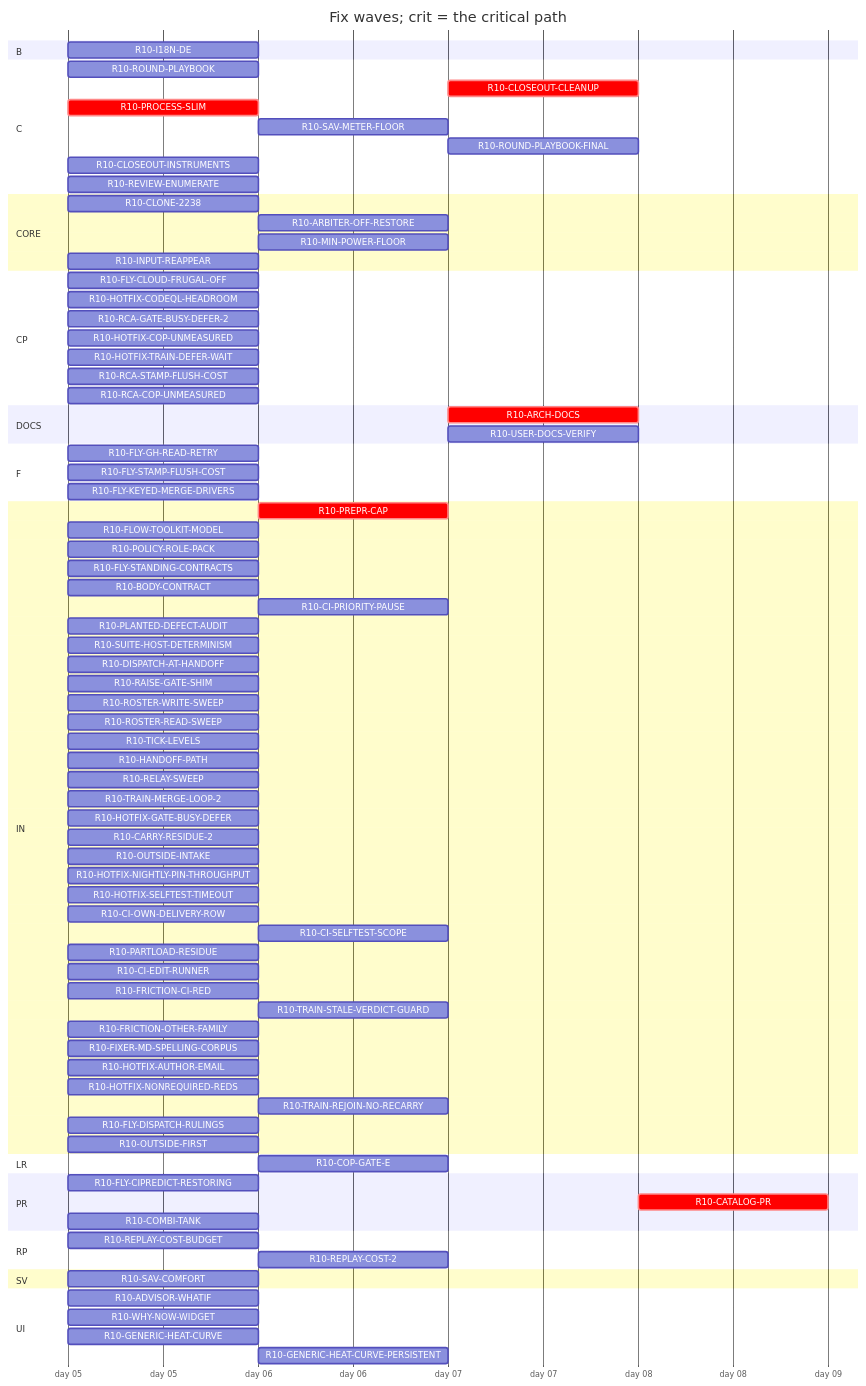
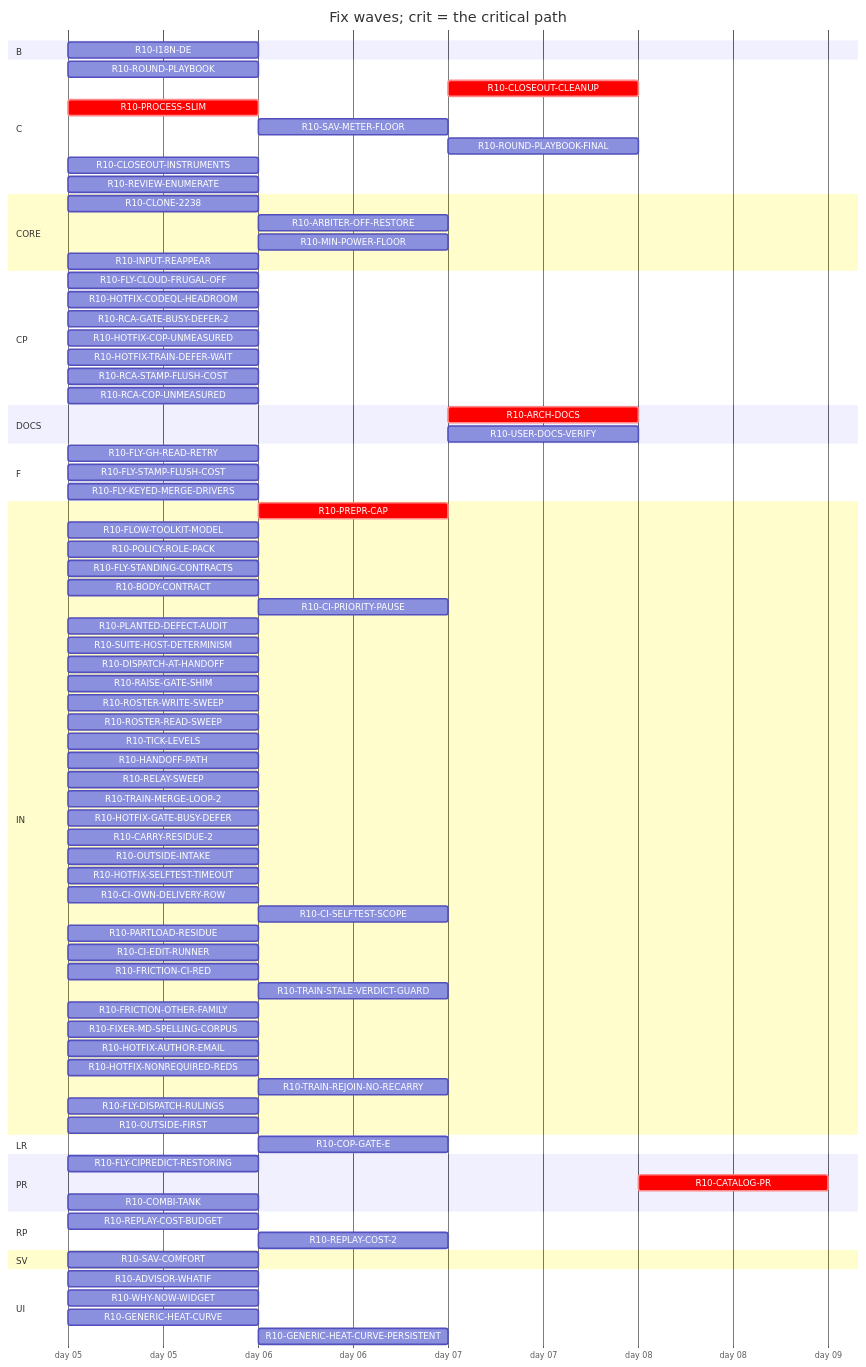
The diagram in handoff/round10/state/PLAN-TABLE.md (tvofi/heatpump_optimizer), drawn with Mermaid before and after one commit. The commit also changed other lines of this file and 3 other files, not shown here.

Commit message:
state: FLOW-BOARD.md, NEXT-SESSION-PROMPT.md, PLAN-TABLE.md, RESUME-CURRENT.md regenerated (state_docs.py)

```diff
--- a/handoff/round10/state/PLAN-TABLE.md
+++ b/handoff/round10/state/PLAN-TABLE.md
@@ -34,7 +34,7 @@
     R10-CLOSEOUT-CLEANUP :crit, r10CLOSEOUTCLEANUP, after r10ARCHDOCS r10USERDOCSVERIFY r10ROUNDPLAYBOOKFINAL r10CLOSEOUTINSTRUMENTS r10RCAGATEBUSYDEFER2 r10RCASTAMPFLUSHCOST r10RCACOPUNMEASURED r10FRICTIONCIRED r10FRICTIONOTHERFAMILY, 1d
     R10-PROCESS-SLIM :crit, r10PROCESSSLIM, 2026-01-05, 1d
     R10-SAV-METER-FLOOR :r10SAVMETERFLOOR, after r10SAVCOMFORT, 1d
-    R10-ROUND-PLAYBOOK-FINAL :r10ROUNDPLAYBOOKFINAL, after r10PREPRCAP r10HANDOFFPATH r10RELAYSWEEP r10DISPATCHATHANDOFF r10BODYCONTRACT r10TICKLEVELS r10CIPRIORITYPAUSE r10ROSTERWRITESWEEP r10ROSTERREADSWEEP r10FLYSTANDINGCONTRACTS r10POLICYROLEPACK r10FLOWTOOLKITMODEL r10FLYCIPREDICTRESTORING r10RAISEGATESHIM r10PLANTEDDEFECTAUDIT r10FLYGHREADRETRY r10SUITEHOSTDETERMINISM r10ROUNDPLAYBOOK r10PROCESSSLIM r10TRAINMERGELOOP2 r10HOTFIXGATEBUSYDEFER r10CARRYRESIDUE2 r10REPLAYCOST2 r10HOTFIXCODEQLHEADROOM r10OUTSIDEINTAKE r10HOTFIXNIGHTLYPINTHROUGHPUT r10HOTFIXSELFTESTTIMEOUT r10FLYSTAMPFLUSHCOST r10HOTFIXTRAINDEFERWAIT r10CIOWNDELIVERYROW r10CISELFTESTSCOPE r10CIEDITRUNNER r10TRAINSTALEVERDICTGUARD r10CLOSEOUTINSTRUMENTS r10FRICTIONCIRED r10FRICTIONOTHERFAMILY r10FIXERMDSPELLINGCORPUS, 1d
+    R10-ROUND-PLAYBOOK-FINAL :r10ROUNDPLAYBOOKFINAL, after r10PREPRCAP r10HANDOFFPATH r10RELAYSWEEP r10DISPATCHATHANDOFF r10BODYCONTRACT r10TICKLEVELS r10CIPRIORITYPAUSE r10ROSTERWRITESWEEP r10ROSTERREADSWEEP r10FLYSTANDINGCONTRACTS r10POLICYROLEPACK r10FLOWTOOLKITMODEL r10FLYCIPREDICTRESTORING r10RAISEGATESHIM r10PLANTEDDEFECTAUDIT r10FLYGHREADRETRY r10SUITEHOSTDETERMINISM r10ROUNDPLAYBOOK r10PROCESSSLIM r10TRAINMERGELOOP2 r10HOTFIXGATEBUSYDEFER r10CARRYRESIDUE2 r10REPLAYCOST2 r10HOTFIXCODEQLHEADROOM r10OUTSIDEINTAKE r10HOTFIXSELFTESTTIMEOUT r10FLYSTAMPFLUSHCOST r10HOTFIXTRAINDEFERWAIT r10CIOWNDELIVERYROW r10CISELFTESTSCOPE r10CIEDITRUNNER r10TRAINSTALEVERDICTGUARD r10CLOSEOUTINSTRUMENTS r10FRICTIONCIRED r10FRICTIONOTHERFAMILY r10FIXERMDSPELLINGCORPUS, 1d
     R10-CLOSEOUT-INSTRUMENTS :r10CLOSEOUTINSTRUMENTS, 2026-01-05, 1d
     R10-REVIEW-ENUMERATE :r10REVIEWENUMERATE, 2026-01-05, 1d
   section CORE
@@ -51,7 +51,7 @@
     R10-RCA-STAMP-FLUSH-COST :r10RCASTAMPFLUSHCOST, 2026-01-05, 1d
     R10-RCA-COP-UNMEASURED :r10RCACOPUNMEASURED, 2026-01-05, 1d
   section DOCS
-    R10-ARCH-DOCS :crit, r10ARCHDOCS, after r10CLONE2238 r10SAVCOMFORT r10WHYNOWWIDGET r10ADVISORWHATIF r10REPLAYCOSTBUDGET r10PREPRCAP r10HANDOFFPATH r10RELAYSWEEP r10DISPATCHATHANDOFF r10BODYCONTRACT r10TICKLEVELS r10CIPRIORITYPAUSE r10ROSTERWRITESWEEP r10ROSTERREADSWEEP r10FLYSTANDINGCONTRACTS r10POLICYROLEPACK r10FLOWTOOLKITMODEL r10FLYCIPREDICTRESTORING r10RAISEGATESHIM r10PLANTEDDEFECTAUDIT r10FLYGHREADRETRY r10SUITEHOSTDETERMINISM r10PROCESSSLIM r10SAVMETERFLOOR r10HOTFIXCOPUNMEASURED r10COPGATEE r10PARTLOADRESIDUE r10I18NDE r10GENERICHEATCURVE r10GENERICHEATCURVEPERSISTENT r10ARBITEROFFRESTORE r10TRAINMERGELOOP2 r10HOTFIXGATEBUSYDEFER r10CARRYRESIDUE2 r10REPLAYCOST2 r10HOTFIXCODEQLHEADROOM r10OUTSIDEINTAKE r10HOTFIXNIGHTLYPINTHROUGHPUT r10HOTFIXSELFTESTTIMEOUT r10FLYSTAMPFLUSHCOST r10HOTFIXTRAINDEFERWAIT r10CIOWNDELIVERYROW r10CISELFTESTSCOPE r10CIEDITRUNNER r10TRAINSTALEVERDICTGUARD r10COMBITANK r10CLOSEOUTINSTRUMENTS r10MINPOWERFLOOR r10ROUNDPLAYBOOK r10RCAGATEBUSYDEFER2 r10FRICTIONCIRED r10FRICTIONOTHERFAMILY r10RCASTAMPFLUSHCOST r10RCACOPUNMEASURED r10INPUTREAPPEAR, 1d
+    R10-ARCH-DOCS :crit, r10ARCHDOCS, after r10CLONE2238 r10SAVCOMFORT r10WHYNOWWIDGET r10ADVISORWHATIF r10REPLAYCOSTBUDGET r10PREPRCAP r10HANDOFFPATH r10RELAYSWEEP r10DISPATCHATHANDOFF r10BODYCONTRACT r10TICKLEVELS r10CIPRIORITYPAUSE r10ROSTERWRITESWEEP r10ROSTERREADSWEEP r10FLYSTANDINGCONTRACTS r10POLICYROLEPACK r10FLOWTOOLKITMODEL r10FLYCIPREDICTRESTORING r10RAISEGATESHIM r10PLANTEDDEFECTAUDIT r10FLYGHREADRETRY r10SUITEHOSTDETERMINISM r10PROCESSSLIM r10SAVMETERFLOOR r10HOTFIXCOPUNMEASURED r10COPGATEE r10PARTLOADRESIDUE r10I18NDE r10GENERICHEATCURVE r10GENERICHEATCURVEPERSISTENT r10ARBITEROFFRESTORE r10TRAINMERGELOOP2 r10HOTFIXGATEBUSYDEFER r10CARRYRESIDUE2 r10REPLAYCOST2 r10HOTFIXCODEQLHEADROOM r10OUTSIDEINTAKE r10HOTFIXSELFTESTTIMEOUT r10FLYSTAMPFLUSHCOST r10HOTFIXTRAINDEFERWAIT r10CIOWNDELIVERYROW r10CISELFTESTSCOPE r10CIEDITRUNNER r10TRAINSTALEVERDICTGUARD r10COMBITANK r10CLOSEOUTINSTRUMENTS r10MINPOWERFLOOR r10ROUNDPLAYBOOK r10RCAGATEBUSYDEFER2 r10FRICTIONCIRED r10FRICTIONOTHERFAMILY r10RCASTAMPFLUSHCOST r10RCACOPUNMEASURED r10INPUTREAPPEAR, 1d
     R10-USER-DOCS-VERIFY :r10USERDOCSVERIFY, after r10CLONE2238 r10SAVCOMFORT r10WHYNOWWIDGET r10ADVISORWHATIF r10SAVMETERFLOOR r10HOTFIXCOPUNMEASURED r10COPGATEE r10PARTLOADRESIDUE r10I18NDE r10GENERICHEATCURVE r10GENERICHEATCURVEPERSISTENT r10ARBITEROFFRESTORE r10COMBITANK r10MINPOWERFLOOR r10INPUTREAPPEAR, 1d
   section F
     R10-FLY-GH-READ-RETRY :r10FLYGHREADRETRY, 2026-01-05, 1d
@@ -77,7 +77,6 @@
     R10-HOTFIX-GATE-BUSY-DEFER :r10HOTFIXGATEBUSYDEFER, 2026-01-05, 1d
     R10-CARRY-RESIDUE-2 :r10CARRYRESIDUE2, 2026-01-05, 1d
     R10-OUTSIDE-INTAKE :r10OUTSIDEINTAKE, 2026-01-05, 1d
-    R10-HOTFIX-NIGHTLY-PIN-THROUGHPUT :r10HOTFIXNIGHTLYPINTHROUGHPUT, 2026-01-05, 1d
     R10-HOTFIX-SELFTEST-TIMEOUT :r10HOTFIXSELFTESTTIMEOUT, 2026-01-05, 1d
     R10-CI-OWN-DELIVERY-ROW :r10CIOWNDELIVERYROW, 2026-01-05, 1d
     R10-CI-SELFTEST-SCOPE :r10CISELFTESTSCOPE, after r10HOTFIXSELFTESTTIMEOUT, 1d
```
